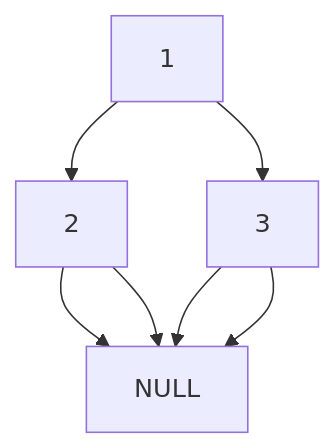
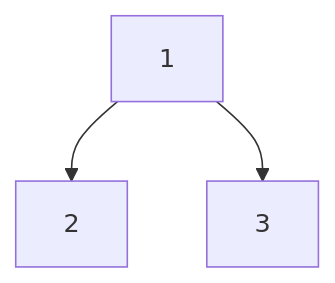
One commit to ILARIO-KAGOO/CSA0308-Data-Structures changed the diagram in README.md. Above: the diagram before and after it, drawn with Mermaid. The commit also changed other lines of this file, not shown here.

````diff
--- a/README.md
+++ b/README.md
@@ -887,9 +887,5 @@
 ```mermaid
   graph TD;
     1 --> 2;
     1 --> 3;
-    2 --> NULL;
-    2 --> NULL;
-    3 --> NULL;
-    3 --> NULL;
 ```
````
